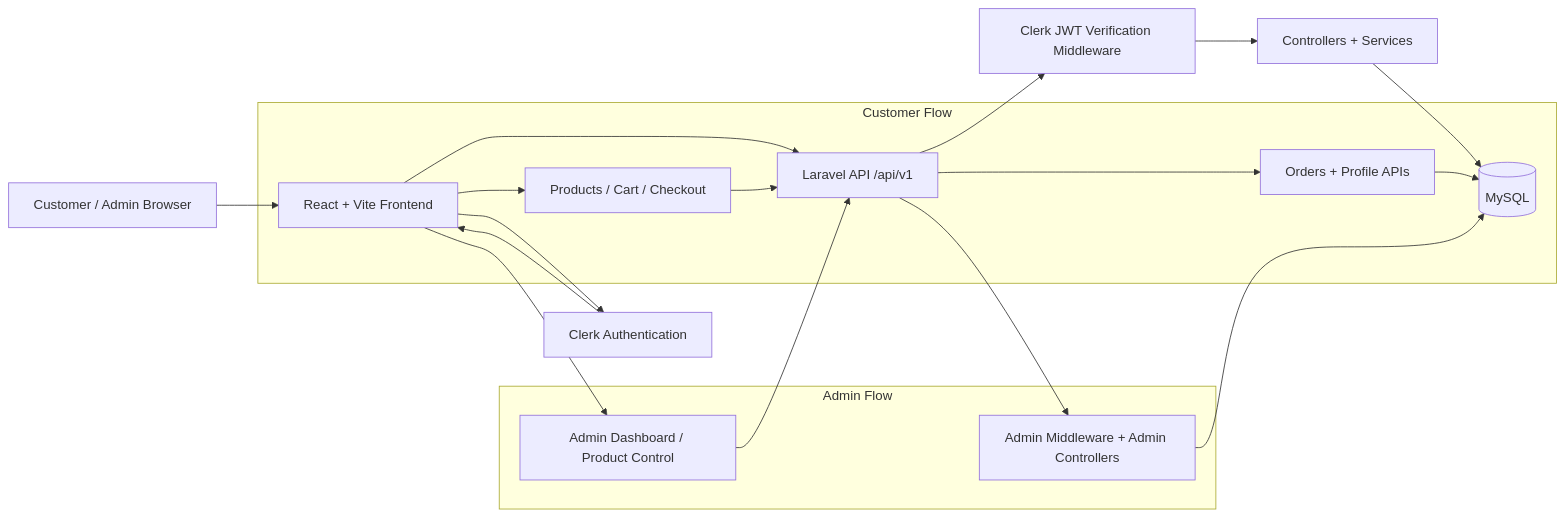
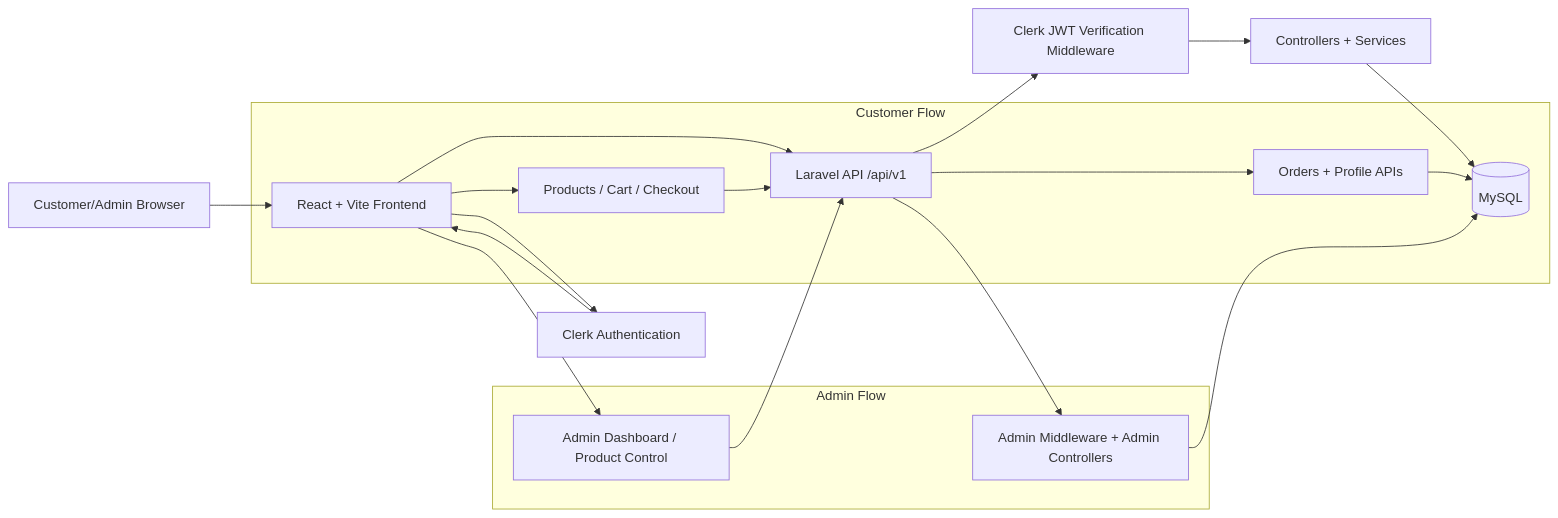
One commit to jethrosantiago26/xeta changed the diagram in README.md. Above: the diagram before and after it, drawn with Mermaid. The commit also changed other lines of this file, not shown here.

````diff
--- a/README.md
+++ b/README.md
@@ -26,24 +92,24 @@
 ```mermaid
 flowchart LR
-		A[Customer / Admin Browser] --> B[React + Vite Frontend]
+		A[Customer/Admin Browser] --> B[React + Vite Frontend]
 		B --> C[Clerk Authentication]
 		C --> B
 		B --> D[Laravel API /api/v1]
 		D --> E[Clerk JWT Verification Middleware]
 		E --> F[Controllers + Services]
 		F --> G[(MySQL)]
 
 		subgraph Customer Flow
 			B --> H[Products / Cart / Checkout]
 			H --> D
 			D --> I[Orders + Profile APIs]
 			I --> G
 		end
 
 		subgraph Admin Flow
 			B --> J[Admin Dashboard / Product Control]
 			J --> D
 			D --> K[Admin Middleware + Admin Controllers]
 			K --> G
 		end
 ```
````
